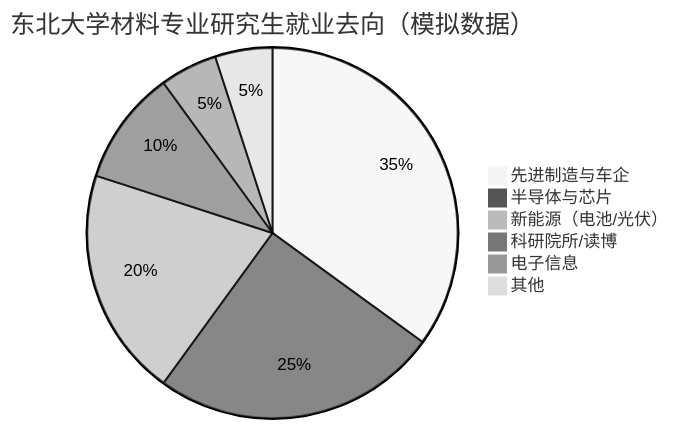
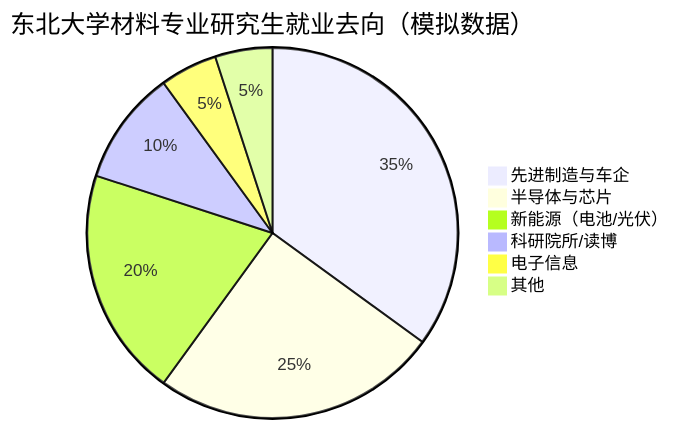
Before and after one commit to moniyuzhou/-2: the diagram in README.md, drawn with Mermaid.

````diff
--- a/README.md
+++ b/README.md
@@ -1,11 +1,11 @@
 ```mermaid
 %% 初始化主题
-%%{init: {'theme':'neutral'}}%%
+%%{init: {'theme':'forestforest'}}%%
 pie title 东北大学材料专业研究生就业去向（模拟数据）
     "先进制造与车企" : 35
     "半导体与芯片" : 25
     "新能源（电池/光伏）" : 20
     "科研院所/读博" : 10
     "电子信息" : 5
     "其他" : 5
 ```
````
